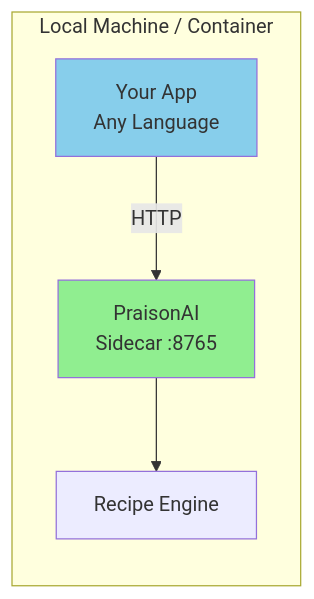
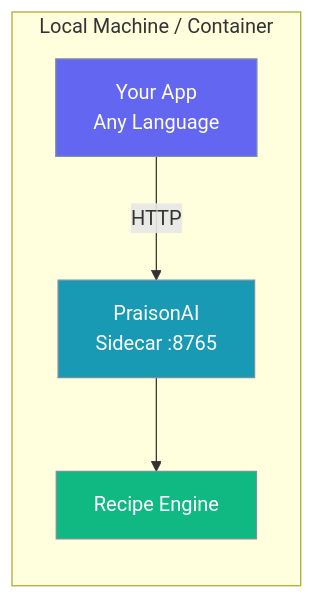
Before and after one commit to MervinPraison/PraisonAIDocs: the third of 3 diagrams in docs/guides/recipes/integration-models/local-http-sidecar.mdx, drawn with Mermaid. The commit also changed other lines of this file and 8 other files, not shown here.

````diff
--- a/docs/guides/recipes/integration-models/local-http-sidecar.mdx
+++ b/docs/guides/recipes/integration-models/local-http-sidecar.mdx
@@ -37,12 +55,14 @@
 ```mermaid
 flowchart LR
     subgraph Local["Local Machine / Container"]
         A[Your App<br/>Any Language] -->|HTTP| B[PraisonAI<br/>Sidecar :8765]
         B --> C[Recipe Engine]
     end
-    
-    style A fill:#87CEEB
-    style B fill:#90EE90
-    classDef agent fill:#8B0000,color:#fff
-    classDef tool fill:#189AB4,color:#fff
+
+    classDef host fill:#6366F1,stroke:#7C90A0,color:#fff
+    classDef proc fill:#189AB4,stroke:#7C90A0,color:#fff
+    classDef out fill:#10B981,stroke:#7C90A0,color:#fff
+    class A host
+    class B proc
+    class C out
 ```
````
